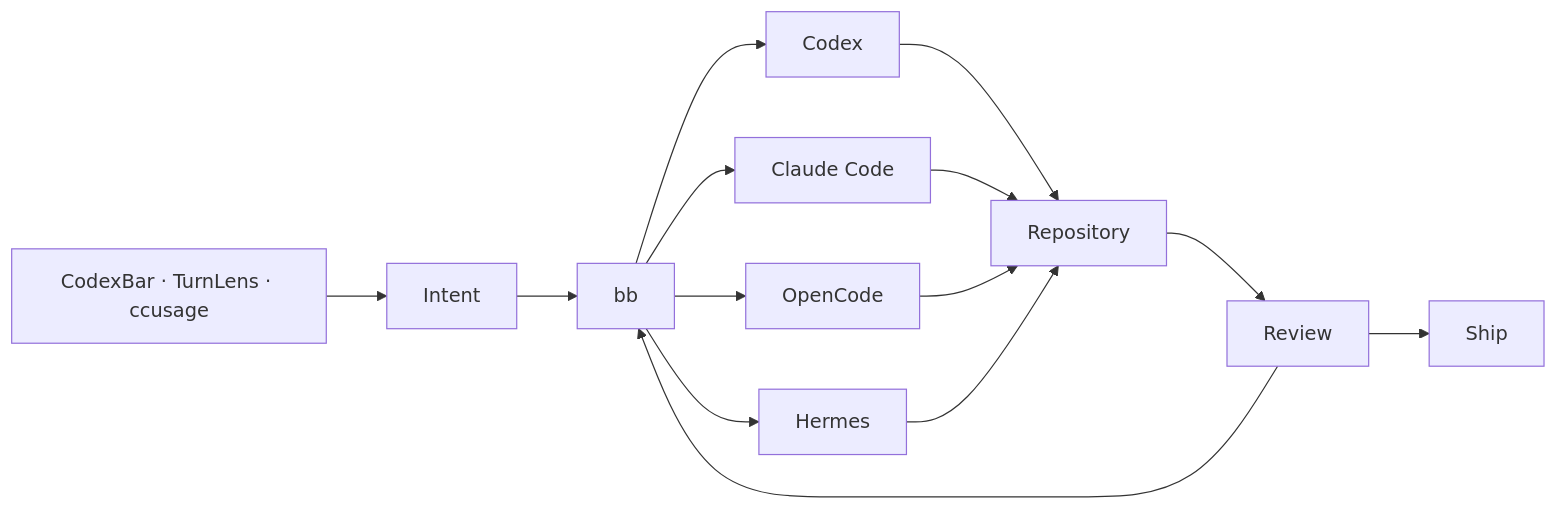
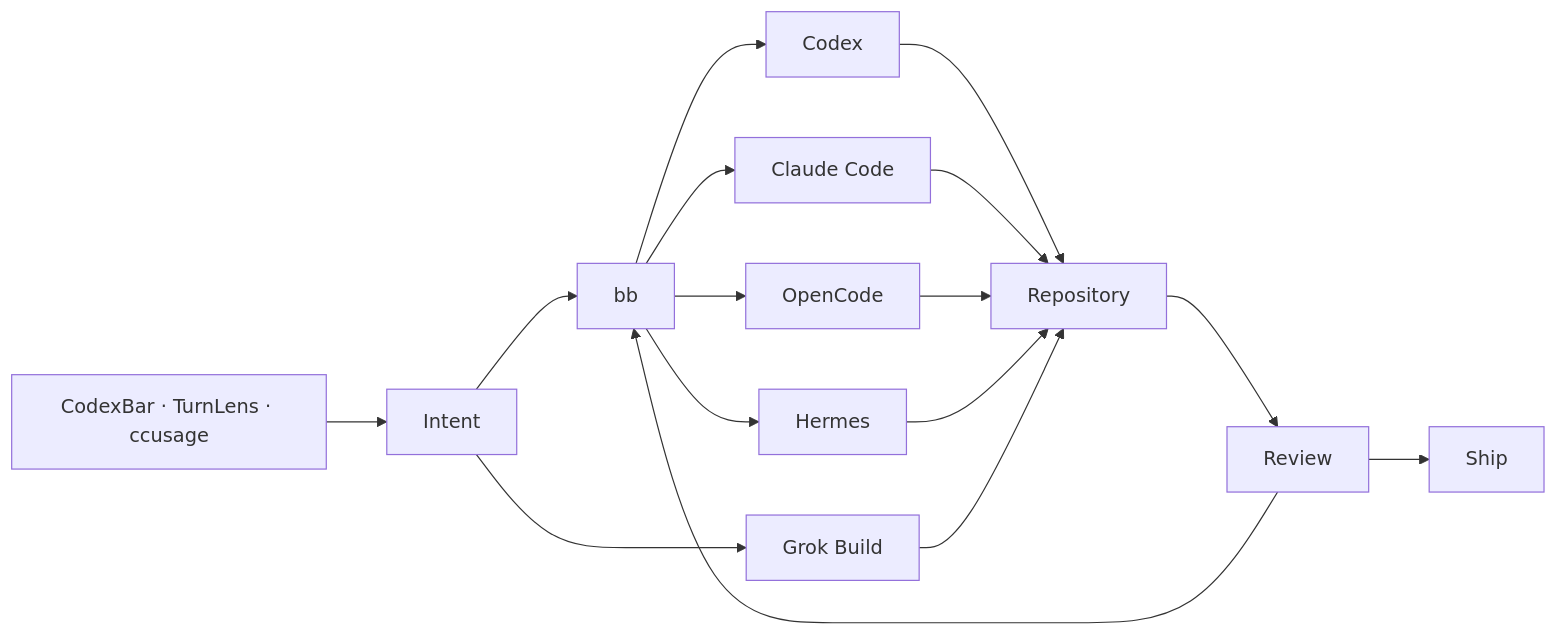
The diagram in README.md (OnurByte/nix-config), drawn with Mermaid before and after one commit. The commit also changed other lines of this file, not shown here.

Commit message:
docs: add Grok Build, T3 Nightly and MPV

````diff
--- a/README.md
+++ b/README.md
@@ -91,16 +93,18 @@
 ```mermaid
 flowchart LR
     Human[Intent] --> BB[bb]
+    Human --> Grok[Grok Build]
     BB --> Codex[Codex]
     BB --> Claude[Claude Code]
     BB --> OpenCode[OpenCode]
     BB --> Hermes[Hermes]
     Codex --> Repo[Repository]
     Claude --> Repo
     OpenCode --> Repo
     Hermes --> Repo
+    Grok --> Repo
     Repo --> Review[Review]
     Review --> Ship[Ship]
     Review --> BB
     Usage[CodexBar · TurnLens · ccusage] --> Human
 ```
````
